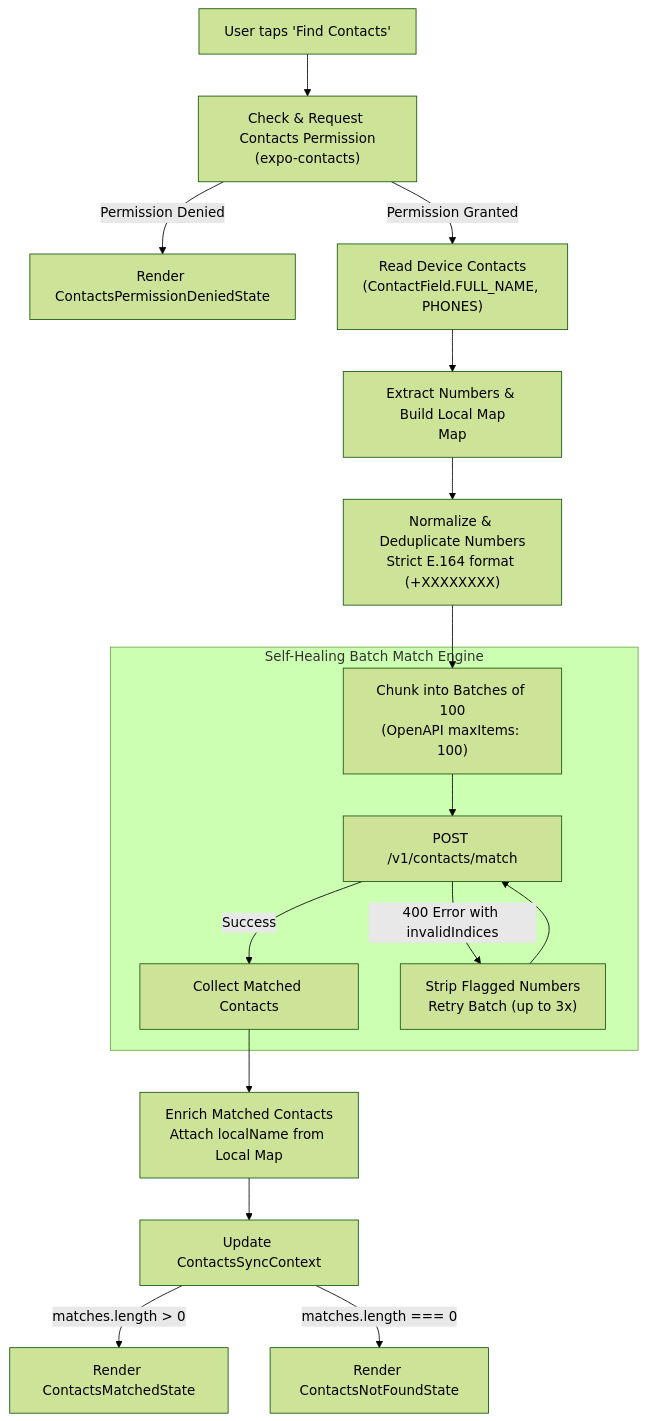
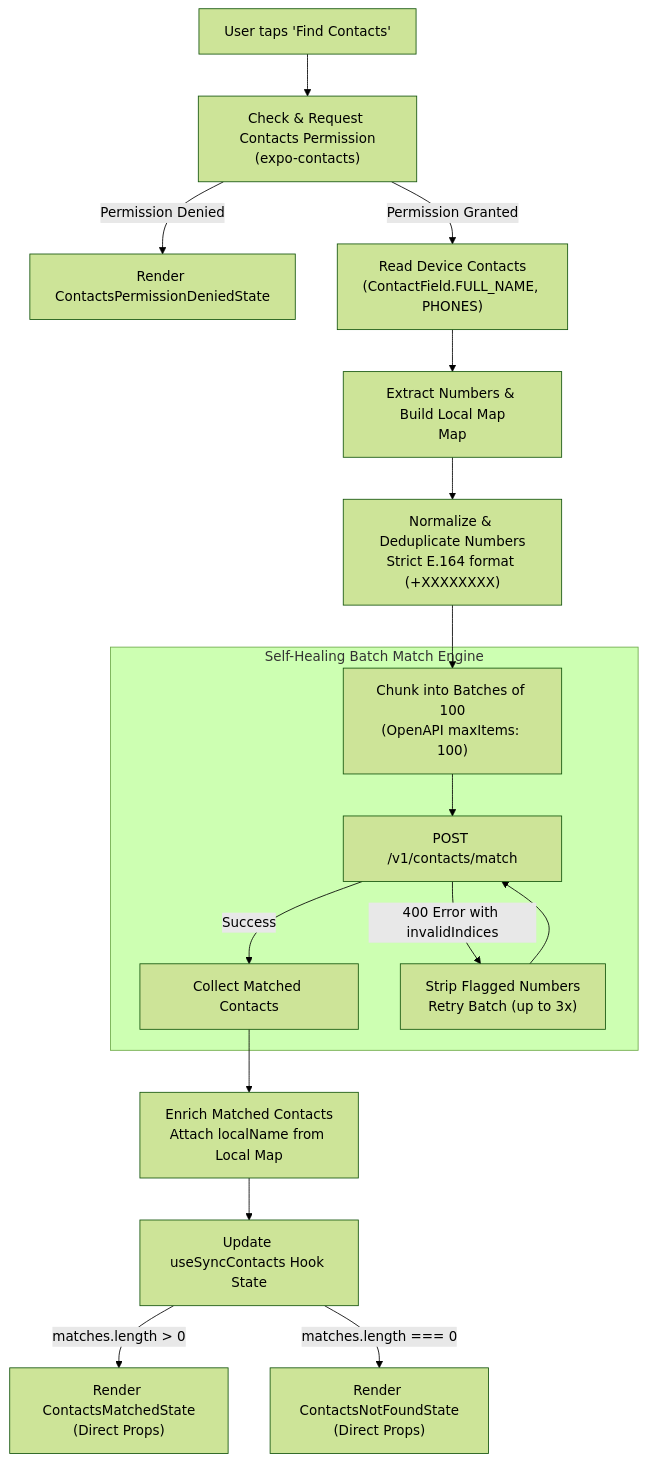
Before and after one commit to DestinyEnder16/whatsapp-clone: the diagram in docs/contacts-feature.md, drawn with Mermaid (forest theme). The commit also changed other lines of this file and 7 other files, not shown here.

````diff
--- a/docs/contacts-feature.md
+++ b/docs/contacts-feature.md
@@ -24,24 +23,24 @@
 ```mermaid
 flowchart TD
     A["User taps 'Find Contacts'"] --> B["Check & Request Contacts Permission\n(expo-contacts)"]
     B -- "Permission Denied" --> C["Render ContactsPermissionDeniedState"]
     B -- "Permission Granted" --> D["Read Device Contacts\n(ContactField.FULL_NAME, PHONES)"]
     
     D --> E["Extract Numbers & Build Local Map\nMap<NormalizedPhone, LocalName>"]
     E --> F["Normalize & Deduplicate Numbers\nStrict E.164 format (+XXXXXXXX)"]
     
     F --> G["Chunk into Batches of 100\n(OpenAPI maxItems: 100)"]
     
     subgraph "Self-Healing Batch Match Engine"
         G --> H["POST /v1/contacts/match"]
         H -- "Success" --> I["Collect Matched Contacts"]
         H -- "400 Error with invalidIndices" --> J["Strip Flagged Numbers\nRetry Batch (up to 3x)"]
         J --> H
     end
     
     I --> K["Enrich Matched Contacts\nAttach localName from Local Map"]
-    K --> L["Update ContactsSyncContext"]
+    K --> L["Update useSyncContacts Hook State"]
     
-    L -- "matches.length > 0" --> M["Render ContactsMatchedState"]
-    L -- "matches.length === 0" --> N["Render ContactsNotFoundState"]
+    L -- "matches.length > 0" --> M["Render ContactsMatchedState\n(Direct Props)"]
+    L -- "matches.length === 0" --> N["Render ContactsNotFoundState\n(Direct Props)"]
 ```
````
